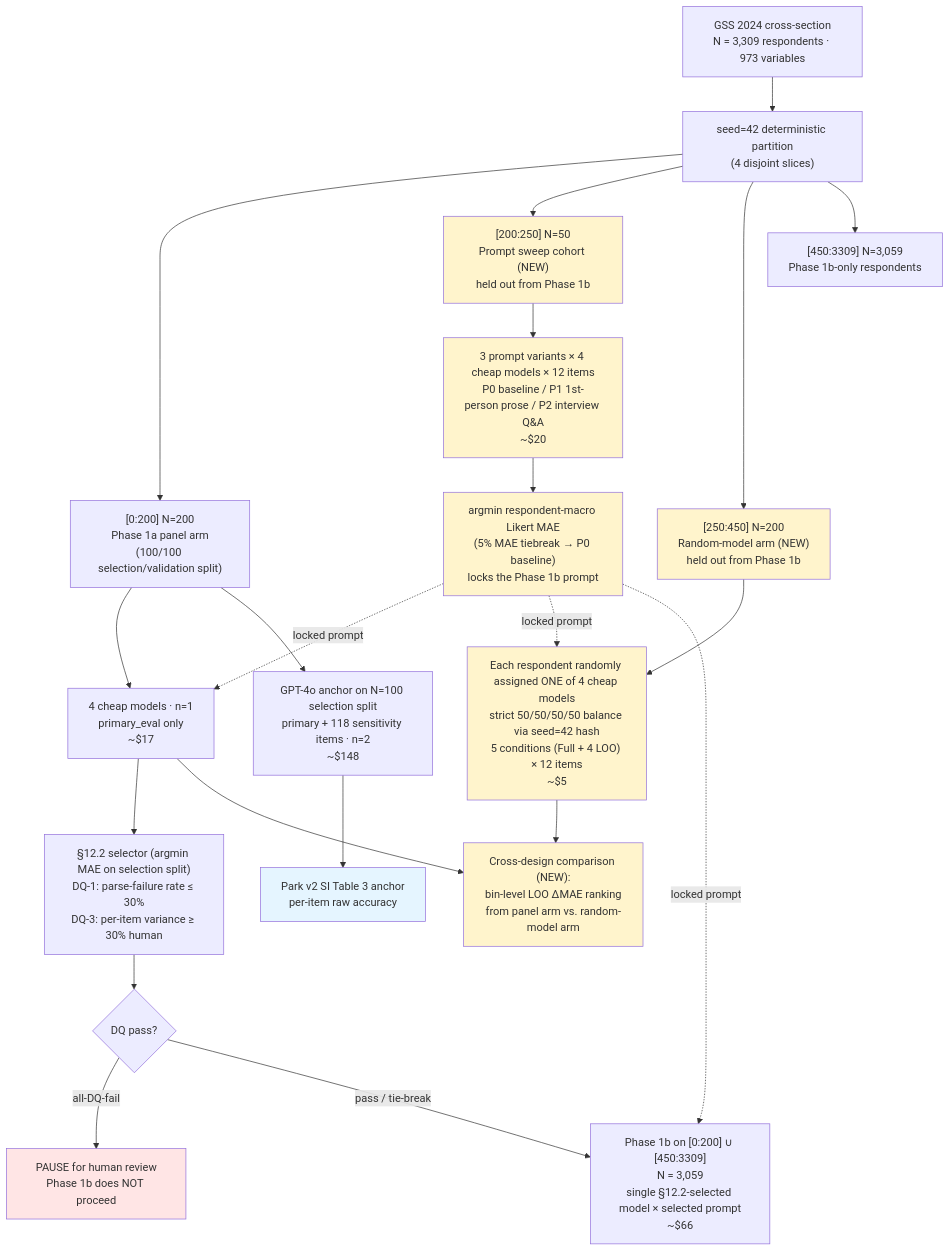
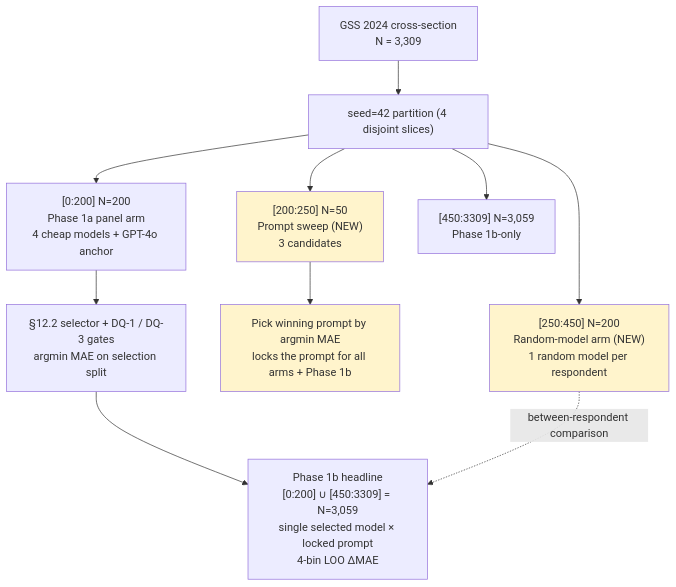
One commit to Joyceqx/gsbgen390-persona-pipeline changed the diagram in Project Brief — Phase 1A Updates 2026-05-15.md. Above: the diagram before and after it, drawn with Mermaid. The commit also changed other lines of this file, not shown here.

Commit message:
Simplify flow diagram and remove redundant cross-design section
Per Joyce's feedback: the diagram was visually cluttered with too many
output blocks (Park v2 anchor box, cross-design comparison box, PAUSE box,
DQ-pass diamond). Random arm doesn't need to be elaborated into a separate
analysis pipeline — it's just an additional experimental arm.

Changes:
- Simplified §1 mermaid diagram: 7 main blocks (down from 11), single
  main flow Panel → §12.2 → Phase 1b with sweep and random arm as
  side branches
- Removed §2.7 Cross-design comparison as standalone section; its
  content (one paragraph) now lives at the end of §2.4 random-arm
  description
- Cleaned up §4.4 step 7 reference accordingly

````diff
--- a/Project Brief — Phase 1A Updates 2026-05-15.md
+++ b/Project Brief — Phase 1A Updates 2026-05-15.md
@@ -33,41 +33,21 @@
 ```mermaid
 flowchart TD
-    A["GSS 2024 cross-section<br/>N = 3,309 respondents · 973 variables"]
-    A --> Z["seed=42 deterministic partition<br/>(4 disjoint slices)"]
+    A["GSS 2024 cross-section<br/>N = 3,309"]
+    A --> Z["seed=42 partition (4 disjoint slices)"]
 
-    Z --> Z1["[0:200] N=200<br/>Phase 1a panel arm<br/>(100/100 selection/validation split)"]
-    Z --> Z2["[200:250] N=50<br/>Prompt sweep cohort (NEW)<br/>held out from Phase 1b"]
-    Z --> Z3["[250:450] N=200<br/>Random-model arm (NEW)<br/>held out from Phase 1b"]
-    Z --> Z4["[450:3309] N=3,059<br/>Phase 1b-only respondents"]
+    Z --> P["[0:200] N=200<br/>Phase 1a panel arm<br/>4 cheap models + GPT-4o anchor"]
+    Z --> S["[200:250] N=50<br/>Prompt sweep (NEW)<br/>3 candidates"]
+    Z --> R["[250:450] N=200<br/>Random-model arm (NEW)<br/>1 random model per respondent"]
+    Z --> H["[450:3309] N=3,059<br/>Phase 1b-only"]
 
-    Z2 --> Z2A["3 prompt variants × 4 cheap models × 12 items<br/>P0 baseline / P1 1st-person prose / P2 interview Q&A<br/>~$20"]
-    Z2A --> Z2B["argmin respondent-macro Likert MAE<br/>(5% MAE tiebreak → P0 baseline)<br/>locks the Phase 1b prompt"]
+    S --> SP["Pick winning prompt by argmin MAE<br/>locks the prompt for all arms + Phase 1b"]
 
-    Z1 --> Z1A["4 cheap models · n=1<br/>primary_eval only<br/>~$17"]
-    Z1 --> Z1B["GPT-4o anchor on N=100 selection split<br/>primary + 118 sensitivity items · n=2<br/>~$148"]
+    P --> SEL["§12.2 selector + DQ-1 / DQ-3 gates<br/>argmin MAE on selection split"]
+    SEL --> B1B["Phase 1b headline<br/>[0:200] ∪ [450:3309] = N=3,059<br/>single selected model × locked prompt<br/>4-bin LOO ΔMAE"]
 
-    Z3 --> Z3A["Each respondent randomly assigned ONE of 4 cheap models<br/>strict 50/50/50/50 balance via seed=42 hash<br/>5 conditions (Full + 4 LOO) × 12 items<br/>~$5"]
+    R -.between-respondent comparison.-> B1B
 
-    Z2B -.locked prompt.-> Z1A
-    Z2B -.locked prompt.-> Z3A
-    Z2B -.locked prompt.-> Z4A
-
-    Z1A --> Z1C["§12.2 selector (argmin MAE on selection split)<br/>DQ-1: parse-failure rate ≤ 30%<br/>DQ-3: per-item variance ≥ 30% human"]
-    Z1C --> DQ{"DQ pass?"}
-    DQ -->|all-DQ-fail| FAIL["PAUSE for human review<br/>Phase 1b does NOT proceed"]
-    DQ -->|pass / tie-break| Z4A["Phase 1b on [0:200] ∪ [450:3309]<br/>N = 3,059<br/>single §12.2-selected model × selected prompt<br/>~$66"]
-
-    Z1B --> ANCHOR["Park v2 SI Table 3 anchor<br/>per-item raw accuracy"]
-
-    Z1A --> CROSS["Cross-design comparison (NEW):<br/>bin-level LOO ΔMAE ranking<br/>from panel arm vs. random-model arm"]
-    Z3A --> CROSS
-
-    style Z2 fill:#fff4cc
-    style Z2A fill:#fff4cc
-    style Z2B fill:#fff4cc
-    style Z3 fill:#fff4cc
-    style Z3A fill:#fff4cc
-    style CROSS fill:#fff4cc
-    style FAIL fill:#ffe5e5
-    style ANCHOR fill:#e5f5ff
+    style S fill:#fff4cc
+    style SP fill:#fff4cc
+    style R fill:#fff4cc
 ```
````
